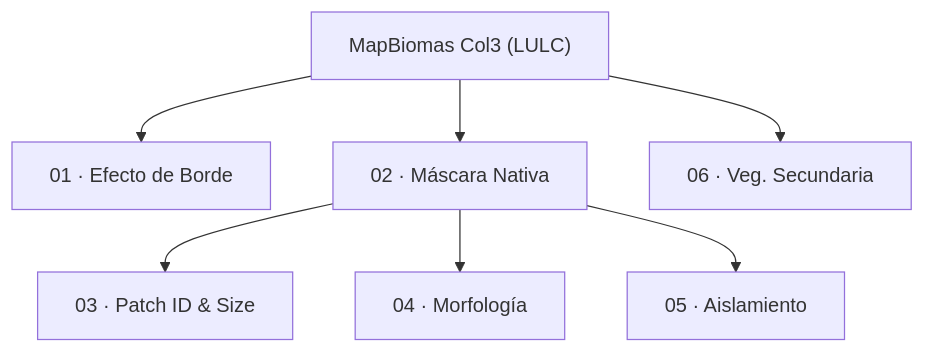
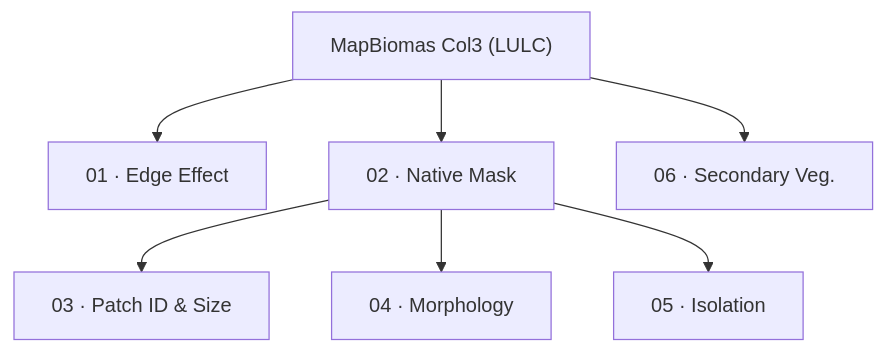
One commit to mapbiomas/colombia-degradation changed the diagram in README.md. Above: the diagram before and after it, drawn with Mermaid. The commit also changed other lines of this file and 1 other file, not shown here.

````diff
--- a/README.md
+++ b/README.md
@@ -21,12 +23,12 @@
 ```mermaid
 flowchart TD
     LULC["MapBiomas Col3 (LULC)"]
 
-    LULC --> S01["01 · Efecto de Borde"]
-    LULC --> S02["02 · Máscara Nativa"]
-    LULC --> S06["06 · Veg. Secundaria"]
+    LULC --> S01["01 · Edge Effect"]
+    LULC --> S02["02 · Native Mask"]
+    LULC --> S06["06 · Secondary Veg."]
 
     S02 --> S03["03 · Patch ID & Size"]
-    S02 --> S04["04 · Morfología"]
-    S02 --> S05["05 · Aislamiento"]
+    S02 --> S04["04 · Morphology"]
+    S02 --> S05["05 · Isolation"]
 ```
````
